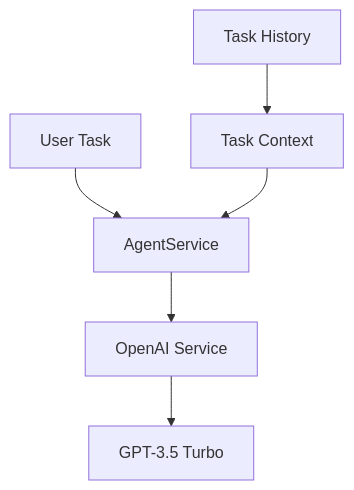
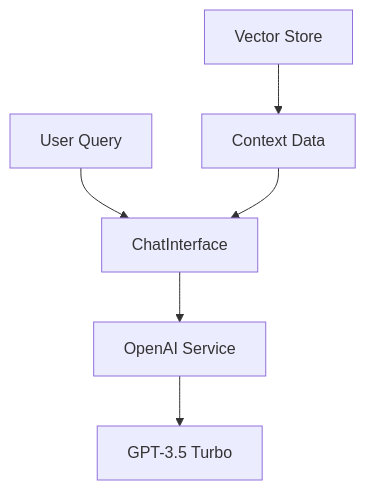
One commit to bytebrain1001/bytebrainsAI changed the diagram in ipe_agent/docs/markdown.md. Above: the diagram before and after it, drawn with Mermaid. The commit also changed other lines of this file and 4 other files, not shown here.

````diff
--- a/ipe_agent/docs/markdown.md
+++ b/ipe_agent/docs/markdown.md
@@ -6,8 +6,8 @@
 ```mermaid
 graph TD
-    A[User Task] --> B[AgentService]
+    A[User Query] --> B[ChatInterface]
     B --> C[OpenAI Service]
     C --> D[GPT-3.5 Turbo]
-    E[Task Context] --> B
-    F[Task History] --> E
+    E[Context Data] --> B
+    F[Vector Store] --> E
 ```
````
